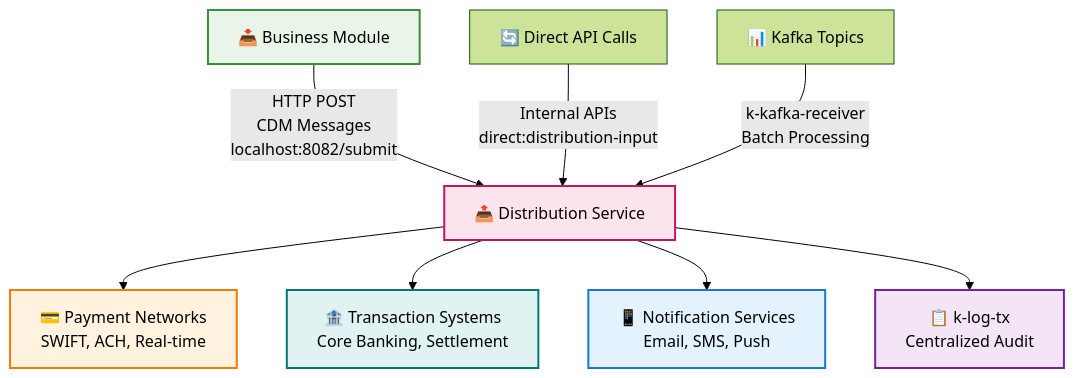
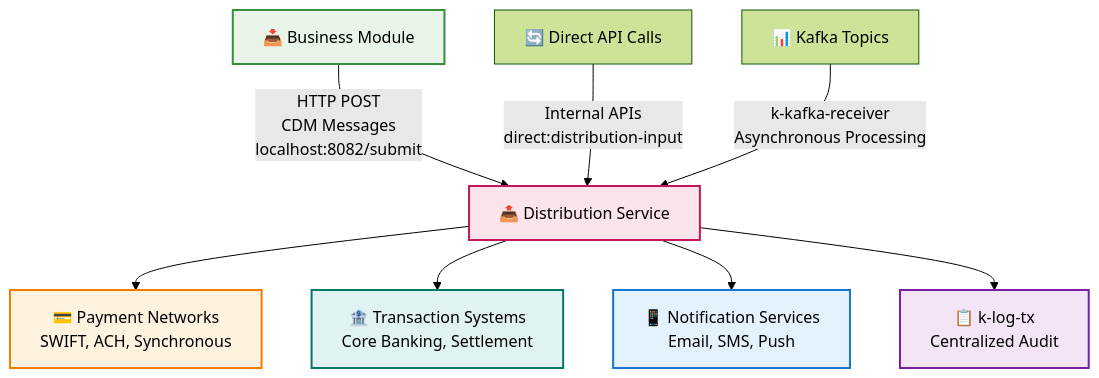
One commit to nasreddine1985/pixel-v2 changed the first of 2 diagrams in distribution/README.md. Above: the diagram before and after it, drawn with Mermaid (forest theme). The commit also changed other lines of this file and 8 other files, not shown here.

Commit message:
(docs) update batch, real time expression by synchronous and asynchronous expression

````diff
--- a/distribution/README.md
+++ b/distribution/README.md
@@ -27,23 +27,23 @@
 ```mermaid
 flowchart TB
     A[📥 Business Module]
     B[🔄 Direct API Calls]
     C[📊 Kafka Topics]
 
     A -->|HTTP POST<br/>CDM Messages<br/>localhost:8082/submit| D[📤 Distribution Service]
     B -->|Internal APIs<br/>direct:distribution-input| D
-    C -->|k-kafka-receiver<br/>Batch Processing| D
+    C -->|k-kafka-receiver<br/>Asynchronous Processing| D
 
-    D --> E[💳 Payment Networks<br/>SWIFT, ACH, Real-time]
+    D --> E[💳 Payment Networks<br/>SWIFT, ACH, Synchronous]
     D --> F[🏦 Transaction Systems<br/>Core Banking, Settlement]
     D --> G[📱 Notification Services<br/>Email, SMS, Push]
     D --> H[📋 k-log-tx<br/>Centralized Audit]
 
     %% Styling
     style A fill:#e8f5e8,stroke:#388e3c,stroke-width:2px
     style D fill:#fce4ec,stroke:#c2185b,stroke-width:2px
     style E fill:#fff3e0,stroke:#f57c00,stroke-width:2px
     style F fill:#e0f2f1,stroke:#00796b,stroke-width:2px
     style G fill:#e3f2fd,stroke:#1976d2,stroke-width:2px
     style H fill:#f3e5f5,stroke:#7b1fa2,stroke-width:2px
 ```
````
